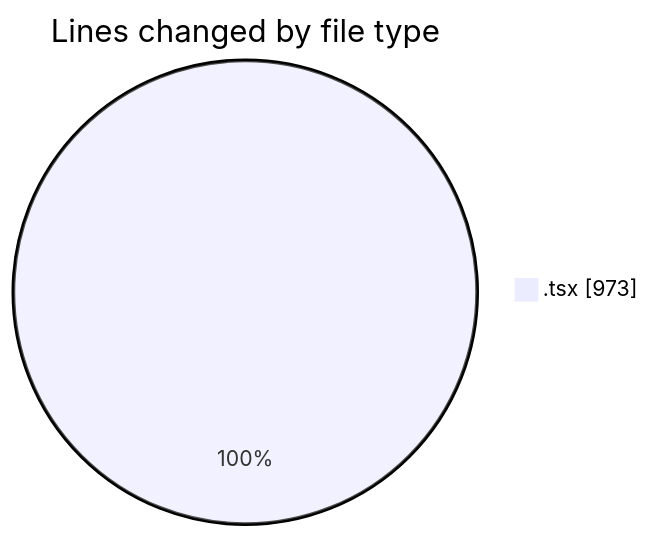
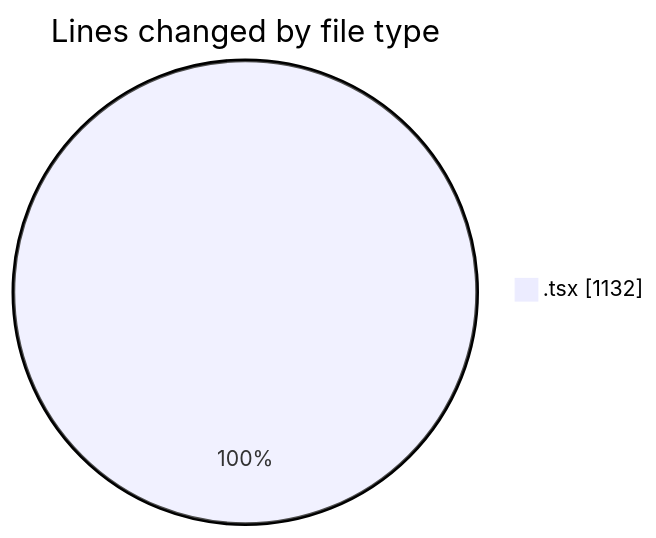
One commit to momahboobian/code-tracking changed the first of 2 diagrams in 2026-09-10/cda/README.md. Above: the diagram before and after it, drawn with Mermaid. The commit also changed other lines of this file and 1 other file, not shown here.

````diff
--- a/2026-09-10/cda/README.md
+++ b/2026-09-10/cda/README.md
@@ -24,5 +24,5 @@
 ```mermaid
 pie showData
 title Lines changed by file type
-".tsx" : 973
+".tsx" : 1132
 ```
````
